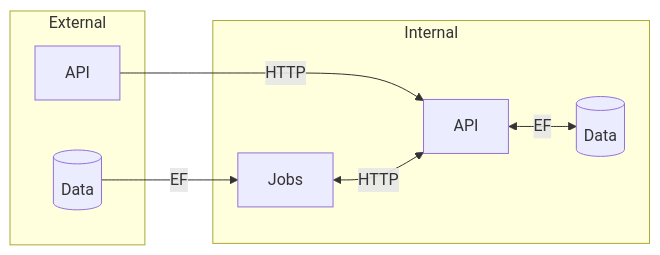
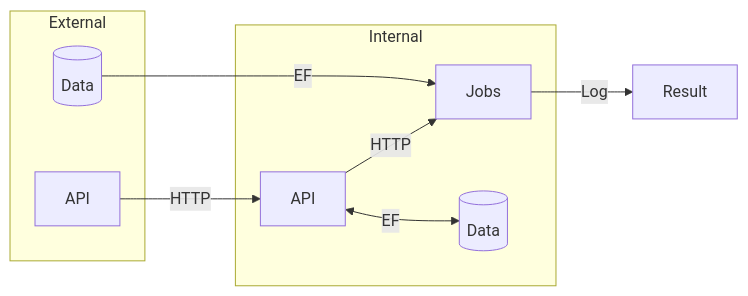
Before and after one commit to Xoechz/DITO: the diagram in doc/building-block-view.md, drawn with Mermaid. The commit also changed 16 other files, not shown here.

```diff
--- a/doc/building-block-view.md
+++ b/doc/building-block-view.md
@@ -1,19 +1,21 @@
 :::mermaid
 flowchart LR
 subgraph Internal
 API;
 Jobs;
 DB[(Data)];
 end
 subgraph External
 eAPI[API];
 eDB[(Data)];
 end
 
 eAPI --HTTP--> API;
 eDB --EF--> Jobs;
 
-Jobs <--HTTP--> API;
+API --HTTP--> Jobs;
 API <--EF--> DB;
 
+Jobs --Log--> Result;
+
 :::
```
